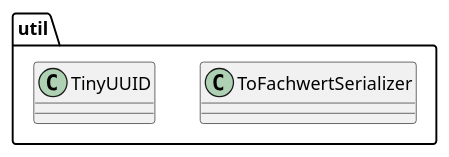
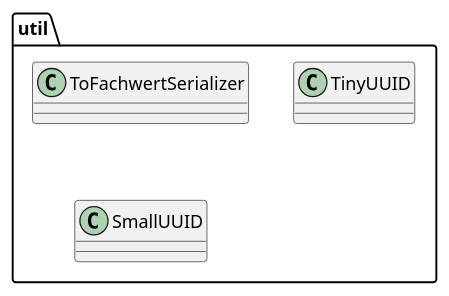
One commit to oboehm/jfachwert changed the diagram in src/main/asciidoc/images/package-util.puml. Above: the diagram before and after it, drawn with PlantUML. The commit also changed 3 other files, not shown here.

```diff
--- a/src/main/asciidoc/images/package-util.puml
+++ b/src/main/asciidoc/images/package-util.puml
@@ -1,10 +1,11 @@
 @startuml
 
 package "util" {
 
     class ToFachwertSerializer
     class TinyUUID
+    class SmallUUID
 
 }
 
 @enduml
```
